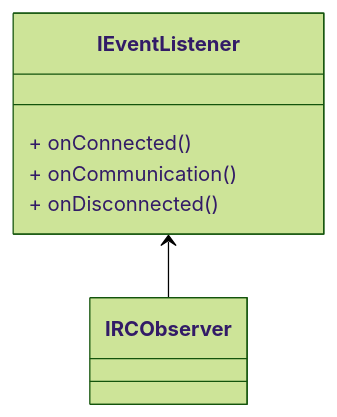
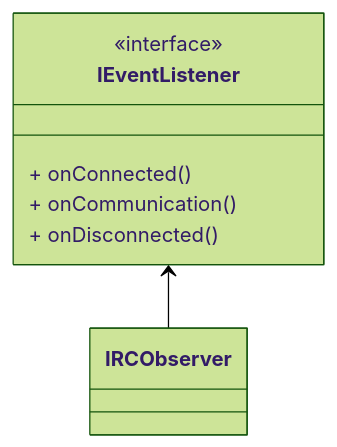
The fifth of 13 diagrams in docs/class_design.md (mfukui1218/irc), drawn with Mermaid (forest theme) before and after one commit. The commit also changed other lines of this file and 32 other files, not shown here.

````diff
--- a/docs/class_design.md
+++ b/docs/class_design.md
@@ -106,10 +124,11 @@
 ```mermaid
 classDiagram
 
 	IEventListener <-- IRCObserver
 	class IEventListener {
+		<<interface>>
 		+ onConnected()
 		+ onCommunication()
 		+ onDisconnected()
 	}
 ```
````
